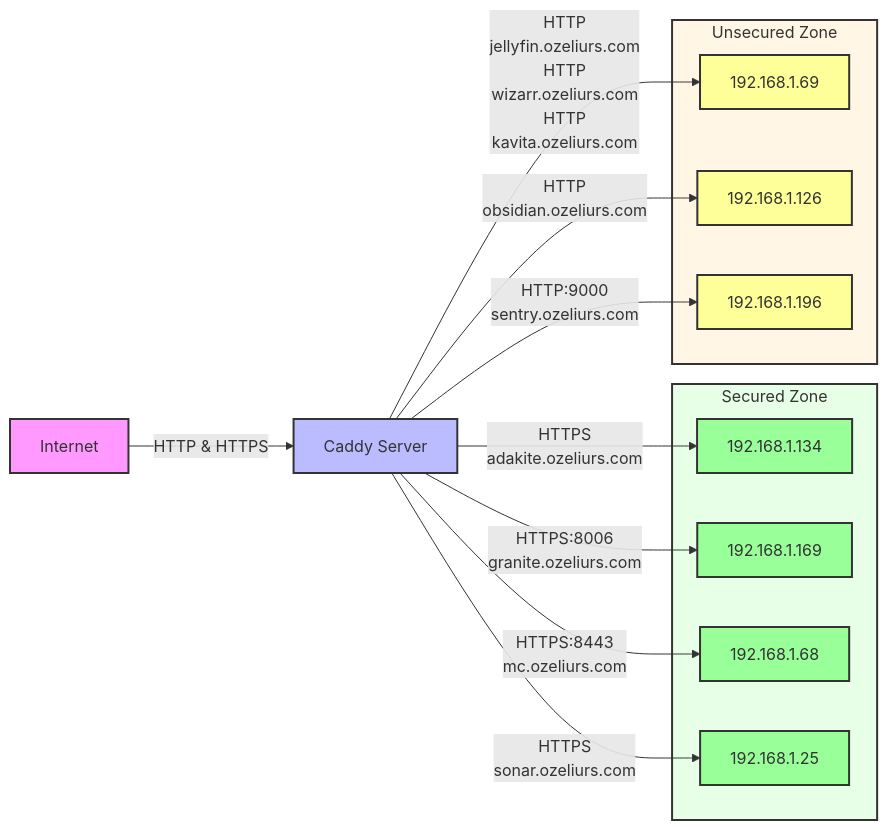
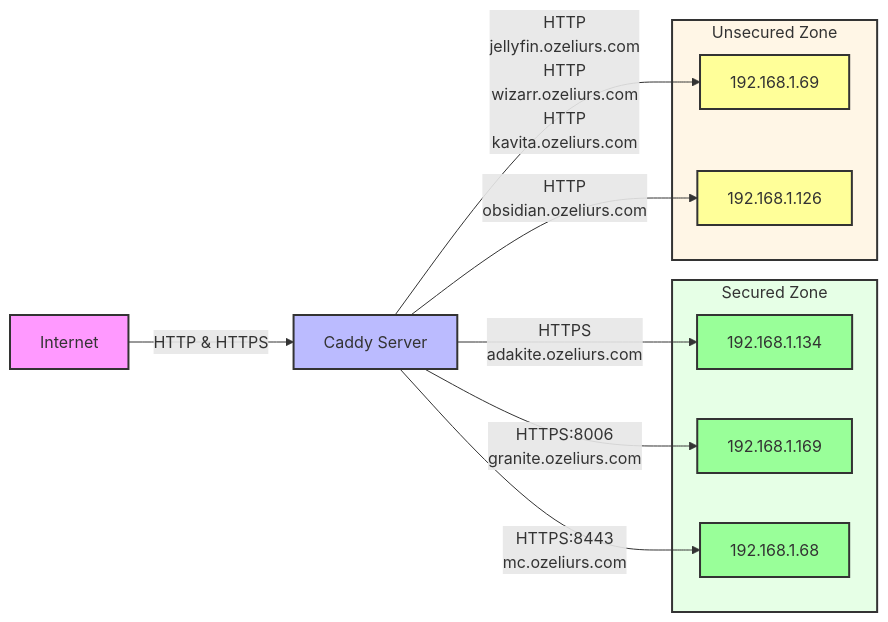
The diagram in README.md (ozeliurs/dc-reverse-proxy-config), drawn with Mermaid before and after one commit. The commit also changed 1 other file, not shown here.

Commit message:
Generate and update Caddyfile, Mermaid diagram, and Dockerfile

````diff
--- a/README.md
+++ b/README.md
@@ -34,51 +34,45 @@
 ```mermaid
 graph LR
     %% Style definitions
     classDef internet fill:#f9f,stroke:#333,stroke-width:2px;
     classDef proxy fill:#bbf,stroke:#333,stroke-width:2px;
     classDef backend fill:#bfb,stroke:#333,stroke-width:2px;
     classDef secure fill:#9f9,stroke:#333,stroke-width:2px;
     classDef unsecure fill:#ff9,stroke:#333,stroke-width:2px;
 
     %% Nodes
     I[Internet]
     C[Caddy Server]
 
     %% Apply styles
     class I internet
     class C proxy
 
     %% Base connections
     I -->|HTTP & HTTPS| C
 
     %% Backend groups
     subgraph Secured[Secured Zone]
         style Secured fill:#e6ffe6,stroke:#333,stroke-width:2px
         S0[192.168.1.134]
         class S0 secure
         S1[192.168.1.169]
         class S1 secure
         S2[192.168.1.68]
         class S2 secure
-        S3[192.168.1.25]
-        class S3 secure
     end
 
     subgraph Unsecured[Unsecured Zone]
         style Unsecured fill:#fff6e6,stroke:#333,stroke-width:2px
         U0[192.168.1.69]
         class U0 unsecure
         U1[192.168.1.126]
         class U1 unsecure
-        U2[192.168.1.196]
-        class U2 unsecure
     end
 
     C -->|HTTPS<br>adakite.ozeliurs.com| S0
     C -->|HTTP<br>jellyfin.ozeliurs.com<br>HTTP<br>wizarr.ozeliurs.com<br>HTTP<br>kavita.ozeliurs.com| U0
     C -->|HTTPS:8006<br>granite.ozeliurs.com| S1
     C -->|HTTPS:8443<br>mc.ozeliurs.com| S2
     C -->|HTTP<br>obsidian.ozeliurs.com| U1
-    C -->|HTTP:9000<br>sentry.ozeliurs.com| U2
-    C -->|HTTPS<br>sonar.ozeliurs.com| S3
 ```
````
